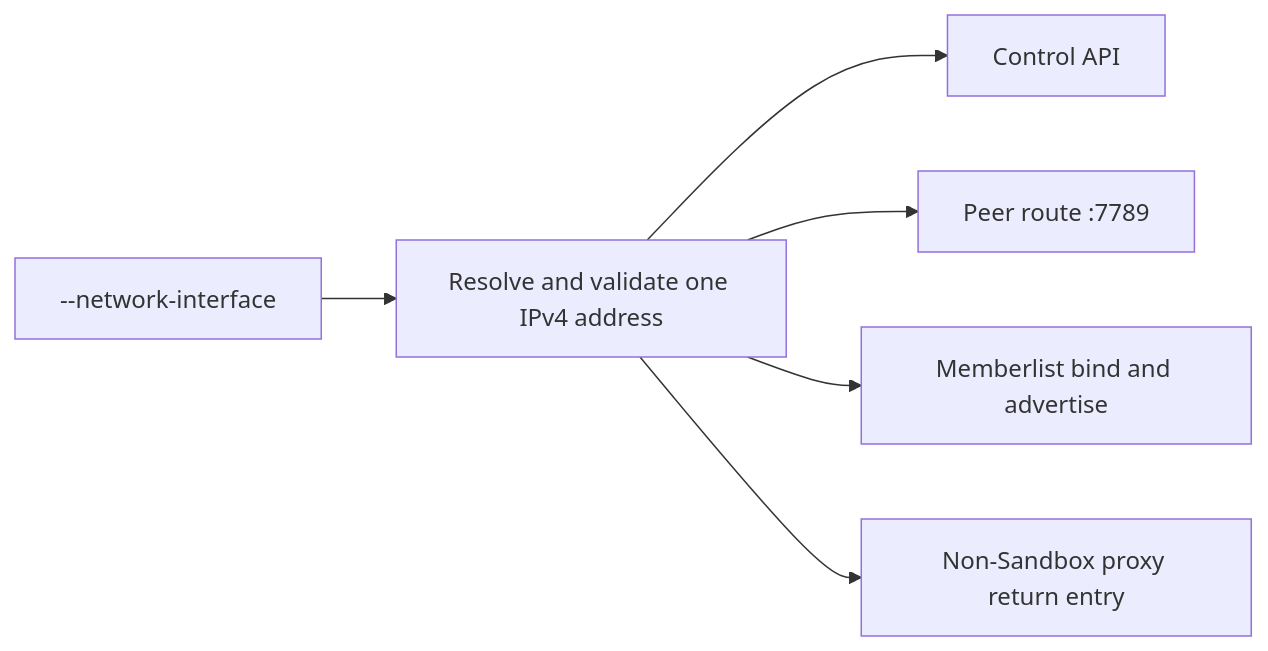
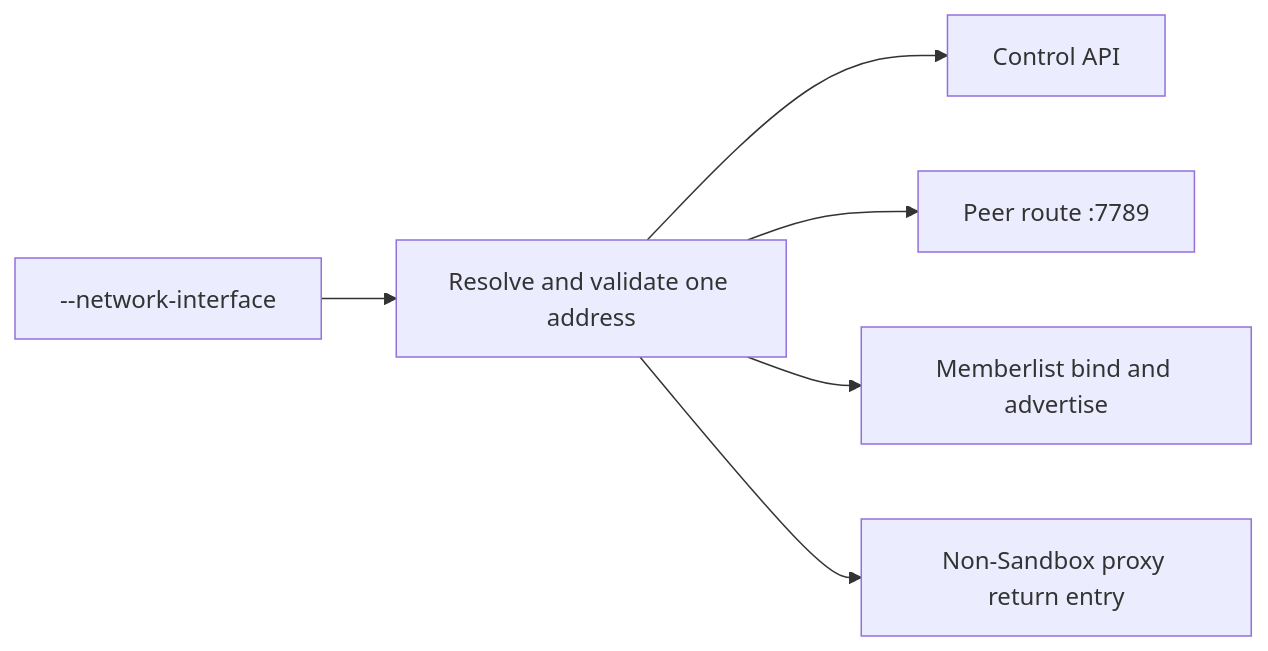
One commit to AiRanthem/agents changed the first of 2 diagrams in docs/proposals/20260824-sandbox-manager-network-interface-peer-discovery.md. Above: the diagram before and after it, drawn with Mermaid. The commit also changed other lines of this file and 4 other files, not shown here.

````diff
--- a/docs/proposals/20260824-sandbox-manager-network-interface-peer-discovery.md
+++ b/docs/proposals/20260824-sandbox-manager-network-interface-peer-discovery.md
@@ -77,8 +80,8 @@
 ```mermaid
 flowchart LR
-    Flag["--network-interface"] --> Resolve[Resolve and validate one IPv4 address]
+    Flag["--network-interface"] --> Resolve[Resolve and validate one address]
     Resolve --> API[Control API]
     Resolve --> Route[Peer route :7789]
     Resolve --> Gossip[Memberlist bind and advertise]
     Resolve --> Return[Non-Sandbox proxy return entry]
 ```
````
